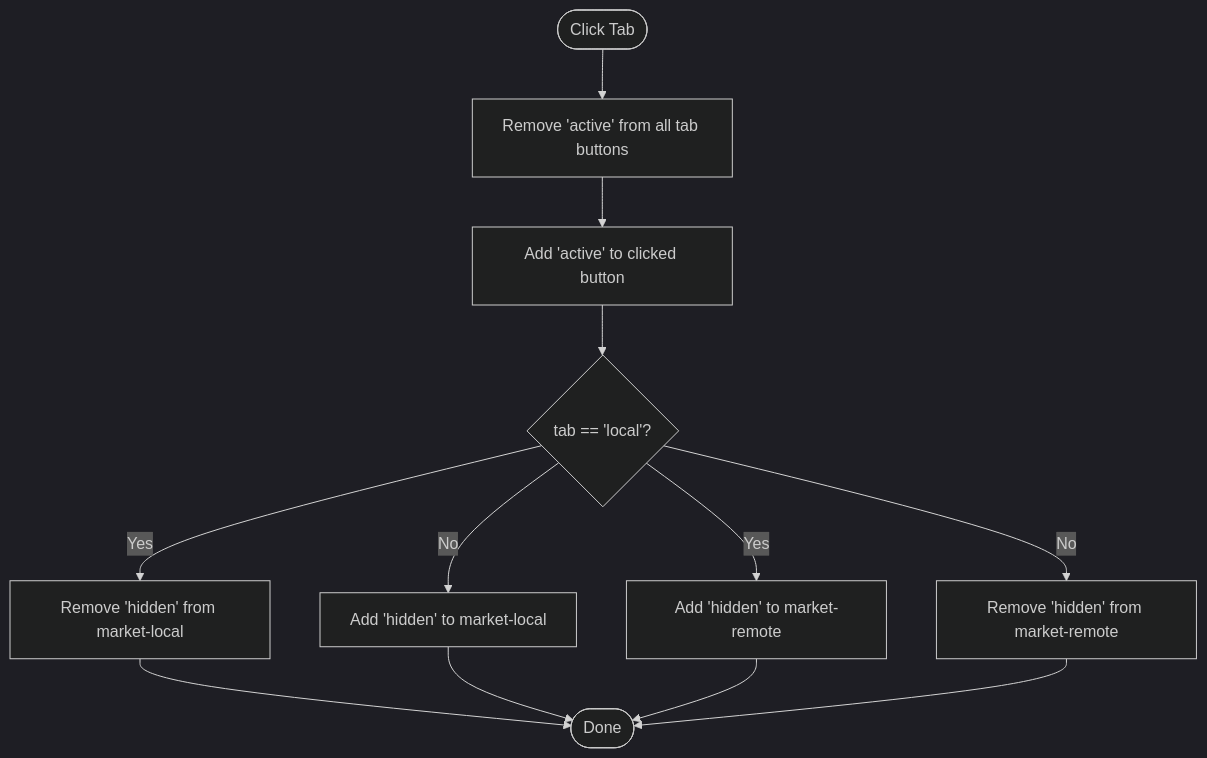
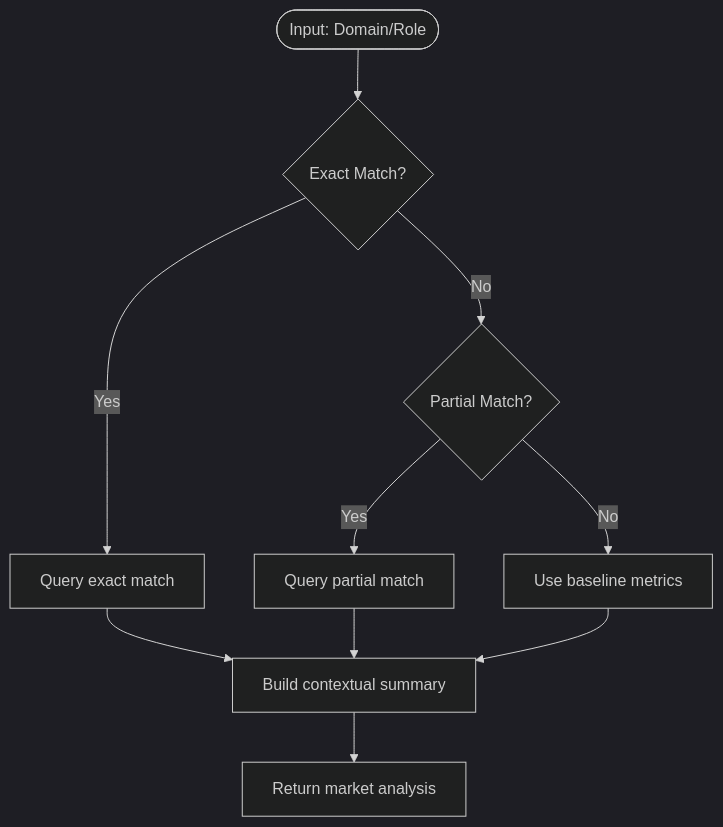
Before and after one commit to Alishba-Moin/CareerCompass: the third of 3 diagrams in .qoder/repowiki/en/content/Core Features/Market Intelligence Section.md, drawn with Mermaid (dark theme). The commit also changed other lines of this file and 38 other files, not shown here.

Commit message:
Add Roadmap pdf download option

````diff
--- a/.qoder/repowiki/en/content/Core Features/Market Intelligence Section.md
+++ b/.qoder/repowiki/en/content/Core Features/Market Intelligence Section.md
@@ -105,14 +145,12 @@
 ```mermaid
 flowchart TD
-Start(["Click Tab"]) --> ClearActive["Remove 'active' from all tab buttons"]
-ClearActive --> SetActive["Add 'active' to clicked button"]
-SetActive --> CheckTab{"tab == 'local'?"}
-CheckTab --> |Yes| ShowLocal["Remove 'hidden' from market-local"]
-CheckTab --> |No| HideLocal["Add 'hidden' to market-local"]
-CheckTab --> |Yes| HideRemote["Add 'hidden' to market-remote"]
-CheckTab --> |No| ShowRemote["Remove 'hidden' from market-remote"]
-ShowLocal --> End(["Done"])
-HideLocal --> End
-HideRemote --> End
-ShowRemote --> End
+Start(["Input: Domain/Role"]) --> CheckExact{"Exact Match?"}
+CheckExact --> |Yes| GetExact["Query exact match"]
+CheckExact --> |No| CheckPartial{"Partial Match?"}
+CheckPartial --> |Yes| GetPartial["Query partial match"]
+CheckPartial --> |No| UseBaseline["Use baseline metrics"]
+GetExact --> BuildSummary["Build contextual summary"]
+GetPartial --> BuildSummary
+UseBaseline --> BuildSummary
+BuildSummary --> Return["Return market analysis"]
 ```
````
